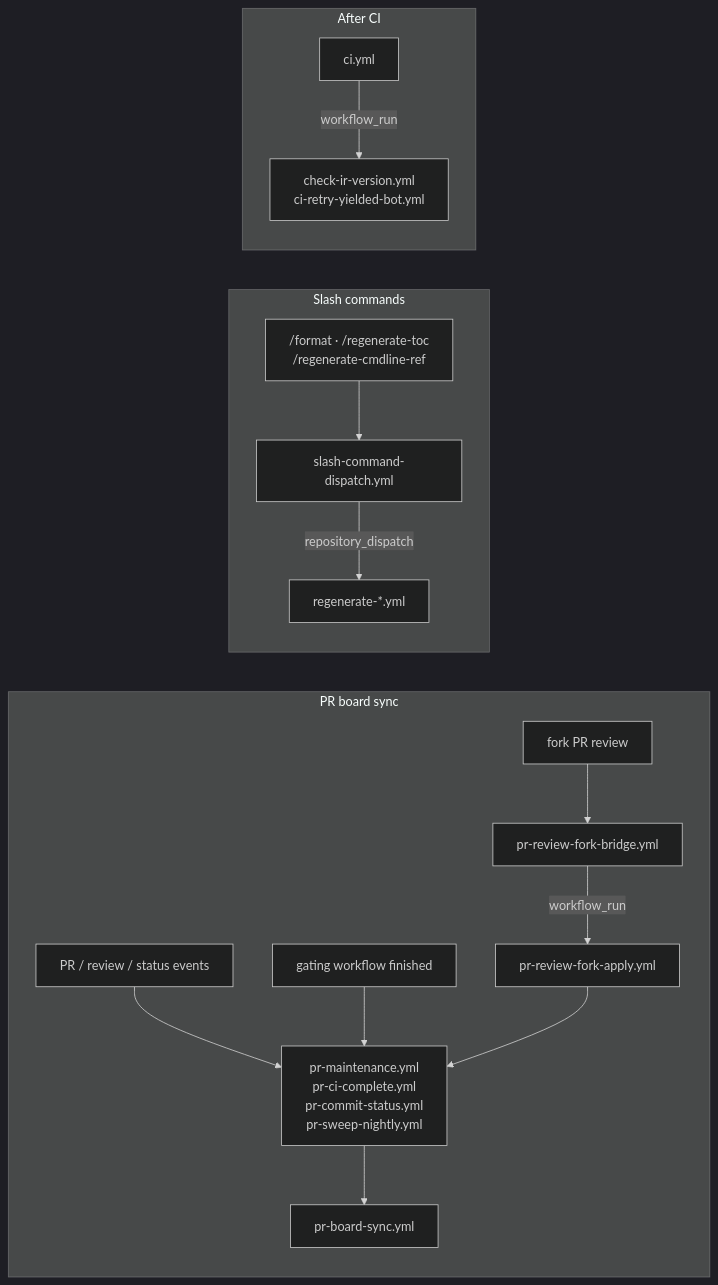
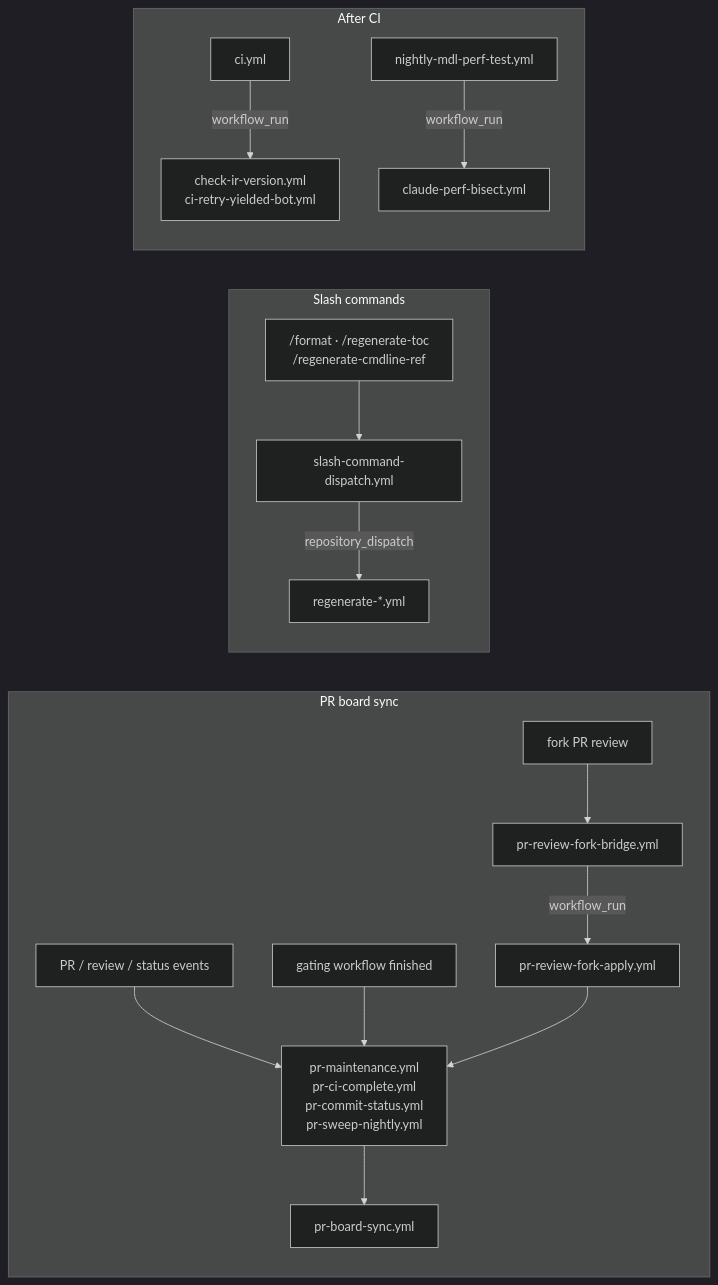
The second of 2 diagrams in .github/workflows/README.md (shader-slang/slang), drawn with Mermaid (dark theme) before and after one commit. The commit also changed other lines of this file and 6 other files, not shown here.

First line of the commit message:
ci: real-or-noise line in the nightly perf Slack message, and a shadow perf bisect (#13743)

````diff
--- a/.github/workflows/README.md
+++ b/.github/workflows/README.md
@@ -70,20 +70,21 @@
 ```mermaid
 flowchart LR
   subgraph board["PR board sync"]
     ev["PR / review / status events"] --> callers
     fork["fork PR review"] --> bridge["pr-review-fork-bridge.yml"]
     bridge -->|workflow_run| apply["pr-review-fork-apply.yml"]
     cidone["gating workflow finished"] --> callers
     apply --> callers
     callers["pr-maintenance.yml<br>pr-ci-complete.yml<br>pr-commit-status.yml<br>pr-sweep-nightly.yml"] --> engine["pr-board-sync.yml"]
   end
 
   subgraph cmd["Slash commands"]
     comment["/format · /regenerate-toc<br>/regenerate-cmdline-ref"] --> disp["slash-command-dispatch.yml"]
     disp -->|repository_dispatch| regen["regenerate-*.yml"]
   end
 
   subgraph after["After CI"]
     cirun["ci.yml"] -->|workflow_run| post["check-ir-version.yml<br>ci-retry-yielded-bot.yml"]
+    perfnight["nightly-mdl-perf-test.yml"] -->|workflow_run| bisect["claude-perf-bisect.yml"]
   end
 ```
````
